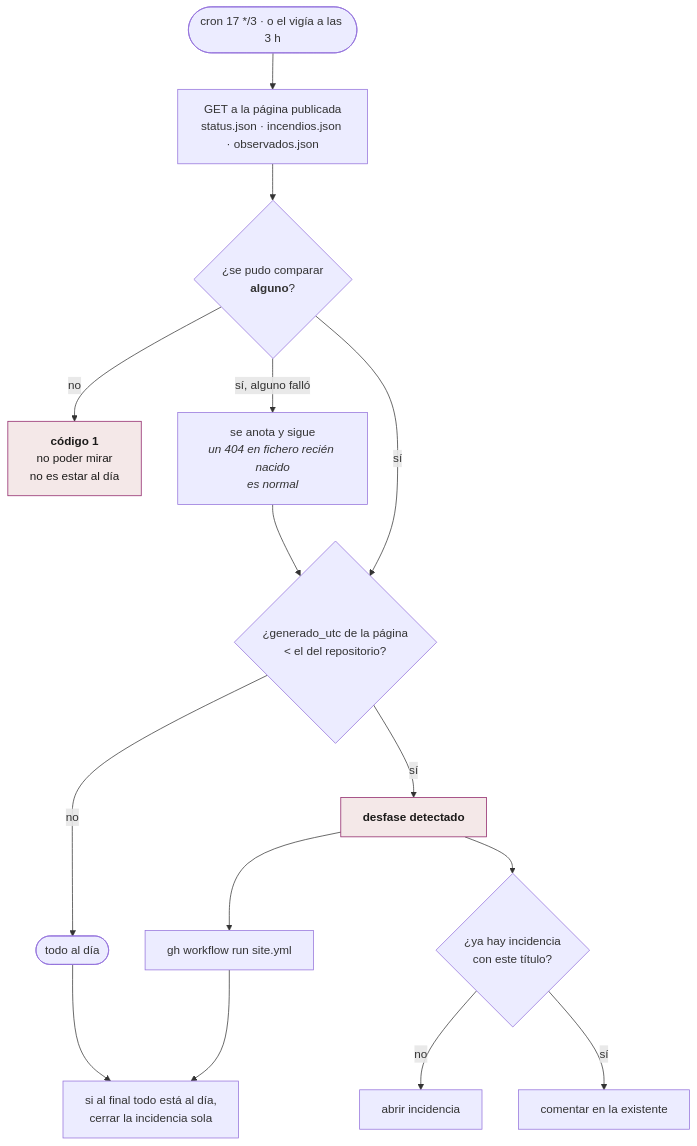
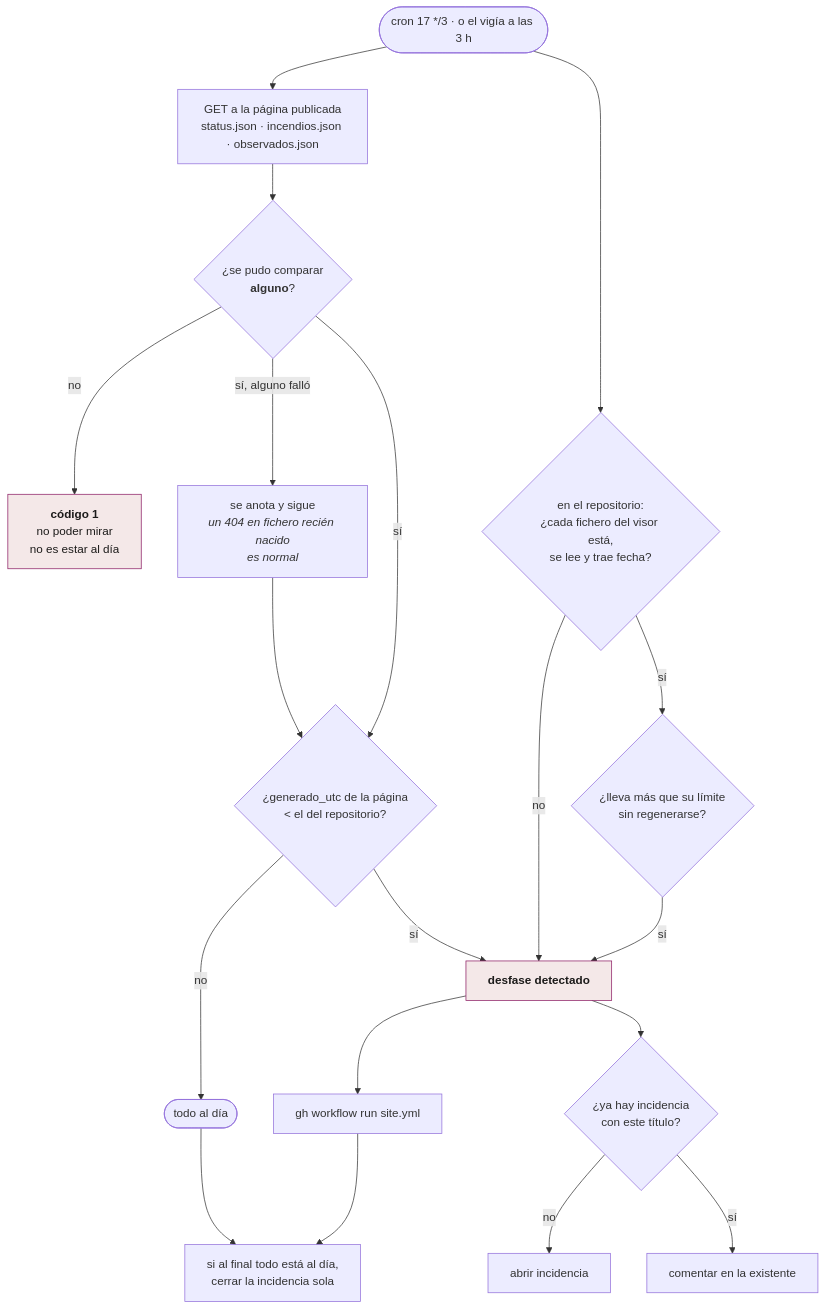
One commit to sforero77/CENTINELA changed the fifth of 15 diagrams in docs/acciones/por-reloj.md. Above: the diagram before and after it, drawn with Mermaid. The commit also changed other lines of this file and 20 other files, not shown here.

````diff
--- a/docs/acciones/por-reloj.md
+++ b/docs/acciones/por-reloj.md
@@ -224,24 +253,29 @@
 ```mermaid
 flowchart TB
   R(["cron 17 */3 · o el vigía a las 3 h"]) --> GET["GET a la página publicada<br/>status.json · incendios.json · observados.json"]
 
   GET --> CIEGO{"¿se pudo comparar<br/><b>alguno</b>?"}
   CIEGO -->|no| C1["<b>código 1</b><br/>no poder mirar<br/>no es estar al día"]
   CIEGO -->|"sí, alguno falló"| ANOTA["se anota y sigue<br/><i>un 404 en fichero recién nacido<br/>es normal</i>"]
   CIEGO -->|sí| CMP
 
   ANOTA --> CMP
   CMP{"¿generado_utc de la página<br/>&lt; el del repositorio?"}
   CMP -->|no| OK(["todo al día"])
   CMP -->|sí| DESF["<b>desfase detectado</b>"]
 
+  R --> LOCAL{"en el repositorio:<br/>¿cada fichero del visor está,<br/>se lee y trae fecha?"}
+  LOCAL -->|no| DESF
+  LOCAL -->|sí| VEJEZ{"¿lleva más que su límite<br/>sin regenerarse?"}
+  VEJEZ -->|sí| DESF
+
   DESF --> REPUB["gh workflow run site.yml"]
   DESF --> DEDUP{"¿ya hay incidencia<br/>con este título?"}
   DEDUP -->|no| NUEVA["abrir incidencia"]
   DEDUP -->|sí| COMENT["comentar en la existente"]
   REPUB --> CIERRE["si al final todo está al día,<br/>cerrar la incidencia sola"]
   OK --> CIERRE
 
   style DESF fill:#f4e8e8,stroke:#8c1d64,color:#1c1b1a
   style C1 fill:#f4e8e8,stroke:#8c1d64,color:#1c1b1a
 ```
````
